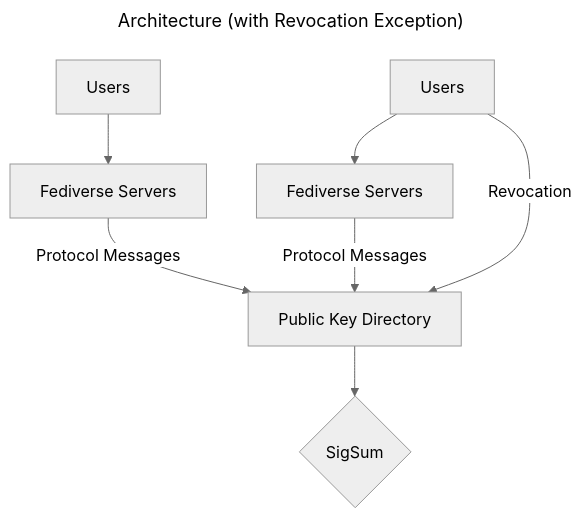
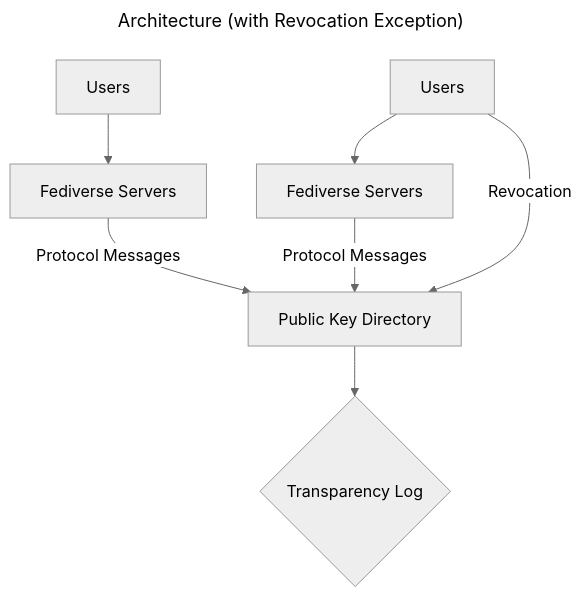
The second of 2 diagrams in Architecture.md (fedi-e2ee/public-key-directory-specification), drawn with Mermaid (neutral theme) before and after one commit. The commit also changed other lines of this file and 1 other file, not shown here.

Commit message:
Excise SigSum

````diff
--- a/Architecture.md
+++ b/Architecture.md
@@ -27,12 +27,12 @@
 ```mermaid
 ---
 title: Architecture (with Revocation Exception)
 ---
 flowchart TD
     A[Users] -->C
     B[Users] -->D
     C[Fediverse Servers] -->|Protocol Messages| E
     D[Fediverse Servers]-->|Protocol Messages| E
-    E[Public Key Directory] --> F{SigSum}
+    E[Public Key Directory] --> F{Transparency Log}
     B -->|Revocation| E
 ```
````
